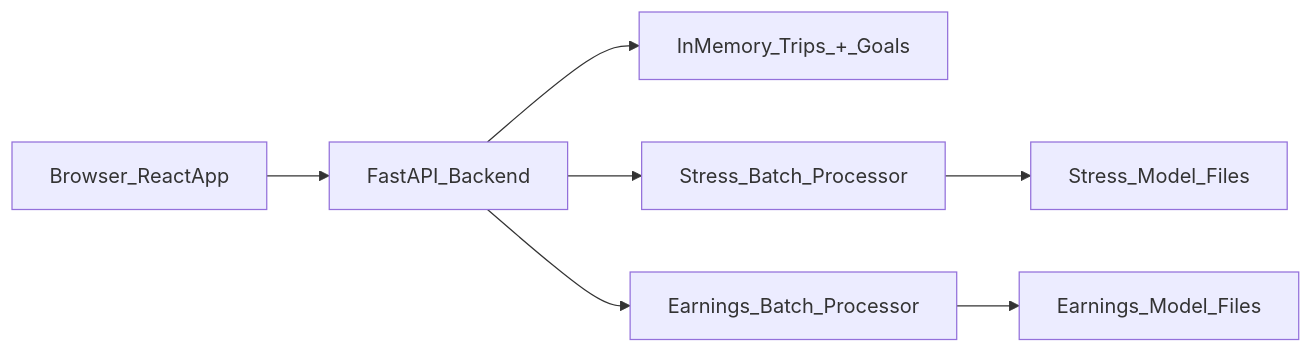
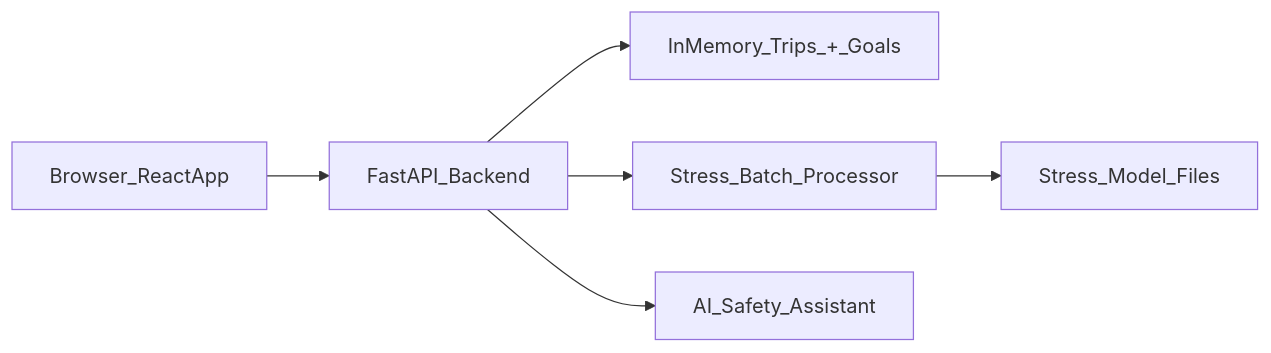
The diagram in README.md (RishitGG/Driver-Pulse), drawn with Mermaid before and after one commit. The commit also changed other lines of this file and 39 other files, not shown here.

````diff
--- a/README.md
+++ b/README.md
@@ -81,9 +76,8 @@
 ```mermaid
 flowchart LR
   browser[Browser_ReactApp] --> api[FastAPI_Backend]
   api --> tripsStore[InMemory_Trips_+_Goals]
   api --> stressBatch[Stress_Batch_Processor]
-  api --> earningsBatch[Earnings_Batch_Processor]
   stressBatch --> stressModel[Stress_Model_Files]
-  earningsBatch --> earningsModel[Earnings_Model_Files]
+  api --> assistant[AI_Safety_Assistant]
 ```
````
